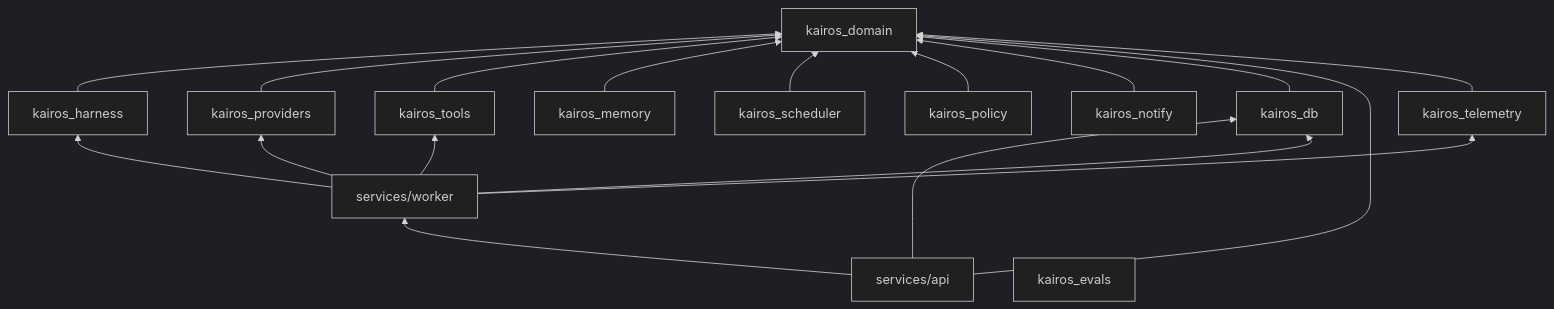
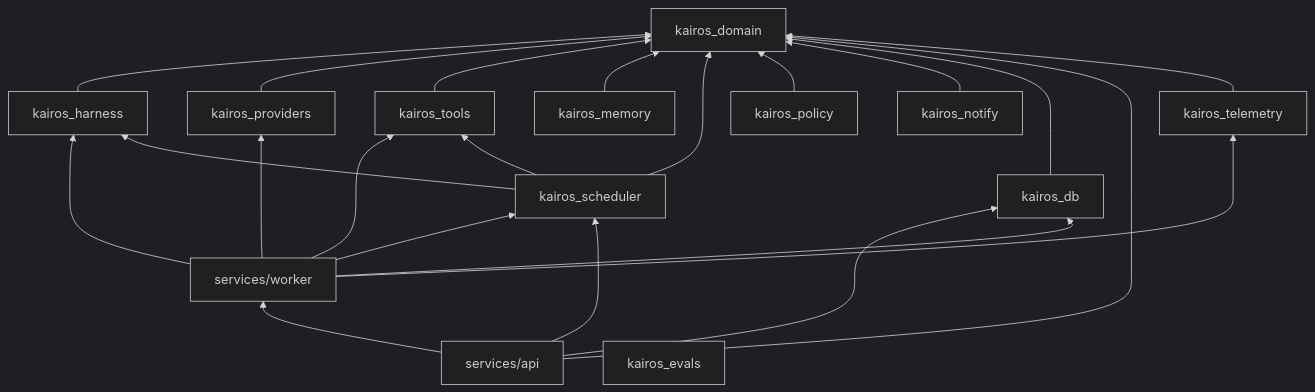
One commit to varunramakanth/kairos changed the second of 3 diagrams in docs/architecture.md. Above: the diagram before and after it, drawn with Mermaid (dark theme). The commit also changed other lines of this file and 4 other files, not shown here.

````diff
--- a/docs/architecture.md
+++ b/docs/architecture.md
@@ -31,22 +31,26 @@
 ```mermaid
 flowchart BT
   domain[kairos_domain]
   harness[kairos_harness] --> domain
   providers[kairos_providers] --> domain
   tools[kairos_tools] --> domain
   memory[kairos_memory] --> domain
   scheduler[kairos_scheduler] --> domain
   policy[kairos_policy] --> domain
   notify[kairos_notify] --> domain
   db[kairos_db] --> domain
   api[services/api] --> domain
   api --> db
   api --> worker
   worker[services/worker] --> harness
   worker --> providers
   worker --> tools
   worker --> db
   worker --> telemetry
+  worker --> scheduler
+  scheduler --> harness
+  scheduler --> tools
+  api --> scheduler
   telemetry[kairos_telemetry] --> domain
   evals[kairos_evals]
 ```
````
